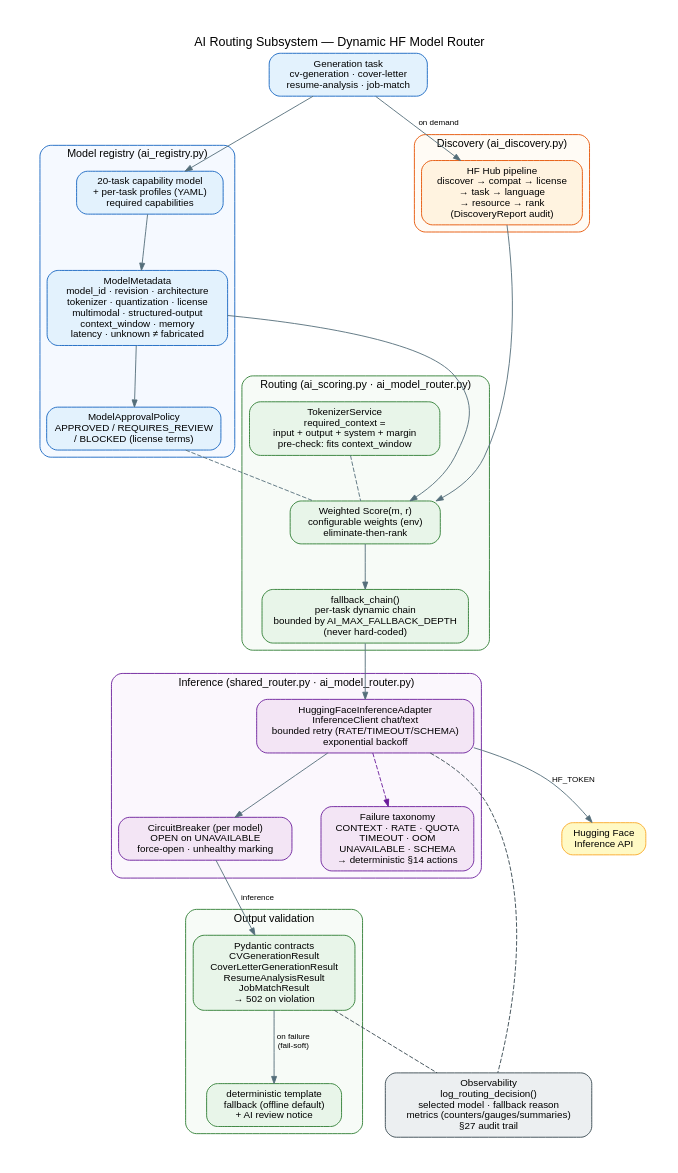
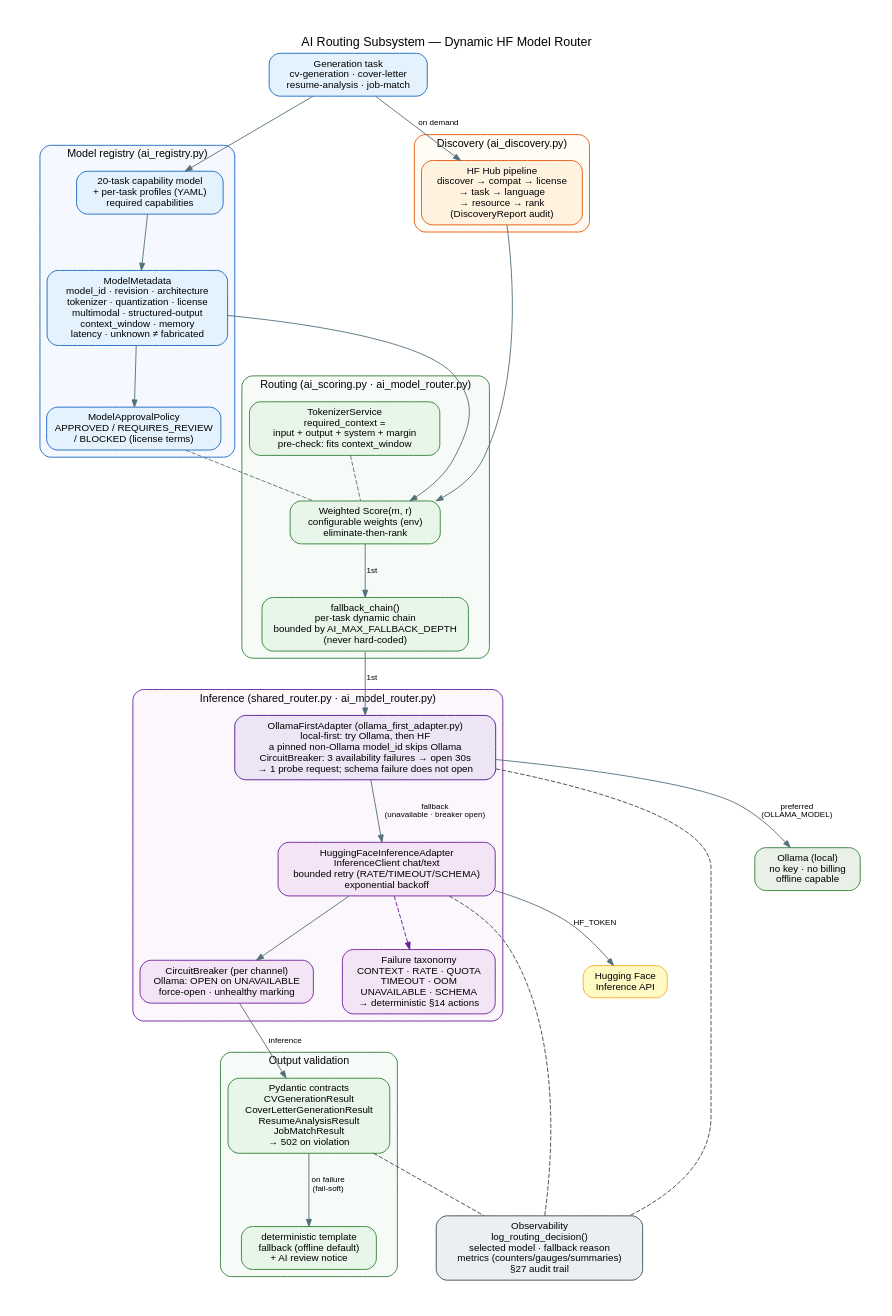
Before and after one commit to GuyKaptue/ai_career_assistant: the diagram in docs/diagrams/ai_routing_architecture.dot, drawn with Graphviz. The commit also changed 40 other files, not shown here.

First line of the commit message:
feat(rd-01): complete Ollama local inference integration (RD-01)

```diff
--- a/docs/diagrams/ai_routing_architecture.dot
+++ b/docs/diagrams/ai_routing_architecture.dot
@@ -1,63 +1,68 @@
 // AI routing subsystem — dynamic HF model routing (AI-01..AI-11)
 digraph ai_routing_architecture {
   graph [rankdir=TB, bgcolor="white", fontname="Helvetica", fontsize=14, labelloc="t", label="AI Routing Subsystem — Dynamic HF Model Router", pad=0.4, nodesep=0.45, ranksep=0.7];
   node [shape=box, style="rounded,filled", fontname="Helvetica", fontsize=11, margin="0.14,0.09"];
   edge [fontname="Helvetica", fontsize=9, color="#546E7A", arrowsize=0.8];
 
   task [label="Generation task\ncv-generation · cover-letter\nresume-analysis · job-match", fillcolor="#E3F2FD", color="#1565C0"];
 
   subgraph cluster_registry {
     label="Model registry (ai_registry.py)";
     style="rounded,filled"; fillcolor="#F5F9FF"; color="#1565C0"; fontname="Helvetica"; fontsize=12;
     metadata [label="ModelMetadata\nmodel_id · revision · architecture\ntokenizer · quantization · license\nmultimodal · structured-output\ncontext_window · memory\nlatency · unknown ≠ fabricated", fillcolor="#E3F2FD", color="#1565C0"];
     policy [label="ModelApprovalPolicy\nAPPROVED / REQUIRES_REVIEW\n/ BLOCKED (license terms)", fillcolor="#E3F2FD", color="#1565C0"];
     profiles [label="20-task capability model\n+ per-task profiles (YAML)\nrequired capabilities", fillcolor="#E3F2FD", color="#1565C0"];
   }
 
   subgraph cluster_discovery {
     label="Discovery (ai_discovery.py)";
     style="rounded,filled"; fillcolor="#FFFBF5"; color="#E65100"; fontname="Helvetica"; fontsize=12;
     hub [label="HF Hub pipeline\ndiscover → compat → license\n→ task → language\n→ resource → rank\n(DiscoveryReport audit)", fillcolor="#FFF3E0", color="#E65100"];
   }
 
   subgraph cluster_routing {
     label="Routing (ai_scoring.py · ai_model_router.py)";
     style="rounded,filled"; fillcolor="#F7FBF7"; color="#2E7D32"; fontname="Helvetica"; fontsize=12;
     tokenizer [label="TokenizerService\nrequired_context =\ninput + output + system + margin\npre-check: fits context_window", fillcolor="#E8F5E9", color="#2E7D32"];
     scoring [label="Weighted Score(m, r)\nconfigurable weights (env)\neliminate-then-rank", fillcolor="#E8F5E9", color="#2E7D32"];
     fallback [label="fallback_chain()\nper-task dynamic chain\nbounded by AI_MAX_FALLBACK_DEPTH\n(never hard-coded)", fillcolor="#E8F5E9", color="#2E7D32"];
   }
 
   subgraph cluster_inference {
     label="Inference (shared_router.py · ai_model_router.py)";
     style="rounded,filled"; fillcolor="#FBF7FD"; color="#6A1B9A"; fontname="Helvetica"; fontsize=12;
+    ollama_first [label="OllamaFirstAdapter (ollama_first_adapter.py)\nlocal-first: try Ollama, then HF\na pinned non-Ollama model_id skips Ollama\nCircuitBreaker: 3 availability failures → open 30s\n→ 1 probe request; schema failure does not open", fillcolor="#EDE4F5", color="#4A148C"];
     adapter [label="HuggingFaceInferenceAdapter\nInferenceClient chat/text\nbounded retry (RATE/TIMEOUT/SCHEMA)\nexponential backoff", fillcolor="#F3E5F5", color="#6A1B9A"];
-    breaker [label="CircuitBreaker (per model)\nOPEN on UNAVAILABLE\nforce-open · unhealthy marking", fillcolor="#F3E5F5", color="#6A1B9A"];
+    breaker [label="CircuitBreaker (per channel)\nOllama: OPEN on UNAVAILABLE\nforce-open · unhealthy marking", fillcolor="#F3E5F5", color="#6A1B9A"];
     taxonomy [label="Failure taxonomy\nCONTEXT · RATE · QUOTA\nTIMEOUT · OOM\nUNAVAILABLE · SCHEMA\n→ deterministic §14 actions", fillcolor="#F3E5F5", color="#6A1B9A"];
   }
 
   subgraph cluster_output {
     label="Output validation";
     style="rounded,filled"; fillcolor="#F7FBF7"; color="#2E7D32"; fontname="Helvetica"; fontsize=12;
     contract [label="Pydantic contracts\nCVGenerationResult\nCoverLetterGenerationResult\nResumeAnalysisResult\nJobMatchResult\n→ 502 on violation", fillcolor="#E8F5E9", color="#2E7D32"];
     template_fb [label="deterministic template\nfallback (offline default)\n+ AI review notice", fillcolor="#E8F5E9", color="#2E7D32"];
   }
 
   obs [label="Observability\nlog_routing_decision()\nselected model · fallback reason\nmetrics (counters/gauges/summaries)\n§27 audit trail", fillcolor="#ECEFF1", color="#37474F"];
+  ollama_host [label="Ollama (local)\nno key · no billing\noffline capable", fillcolor="#E8F0E8", color="#2E7D32"];
   hf [label="Hugging Face\nInference API", fillcolor="#FFF9C4", color="#F9A825"];
 
   task -> profiles -> metadata -> policy;
   task -> hub [label="on demand"];
   hub -> scoring;
   metadata -> scoring;
   policy -> scoring [style=dashed, arrowhead=none];
   tokenizer -> scoring [style=dashed, arrowhead=none];
-  scoring -> fallback -> adapter;
+  scoring -> fallback -> ollama_first [label="1st"];
+  ollama_first -> ollama_host [label="preferred\n(OLLAMA_MODEL)"];
+  ollama_first -> adapter [label="fallback\n(unavailable · breaker open)"];
   adapter -> breaker;
   adapter -> taxonomy [style=dashed, color="#6A1B9A"];
   adapter -> hf [label="HF_TOKEN"];
   breaker -> contract [label="inference"];
   contract -> template_fb [label="on failure\n(fail-soft)"];
+  ollama_first -> obs [style=dashed, arrowhead=none, color="#37474F"];
   adapter -> obs [style=dashed, arrowhead=none, color="#37474F"];
   contract -> obs [style=dashed, arrowhead=none, color="#37474F"];
 }
```
